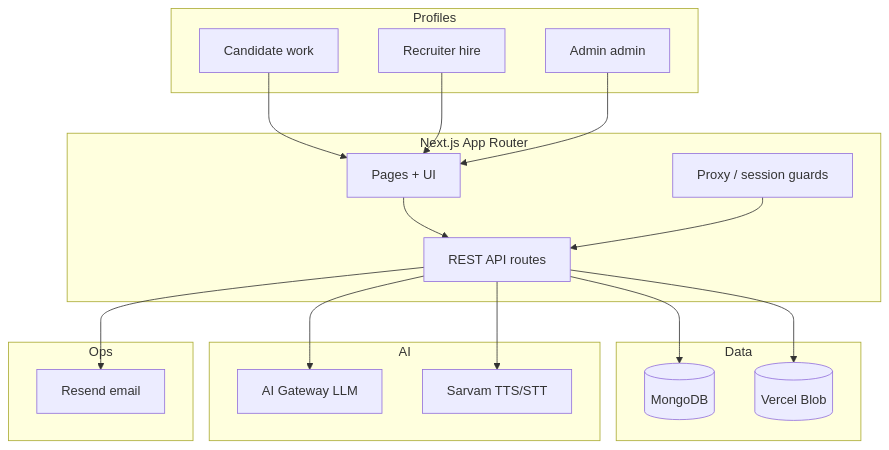
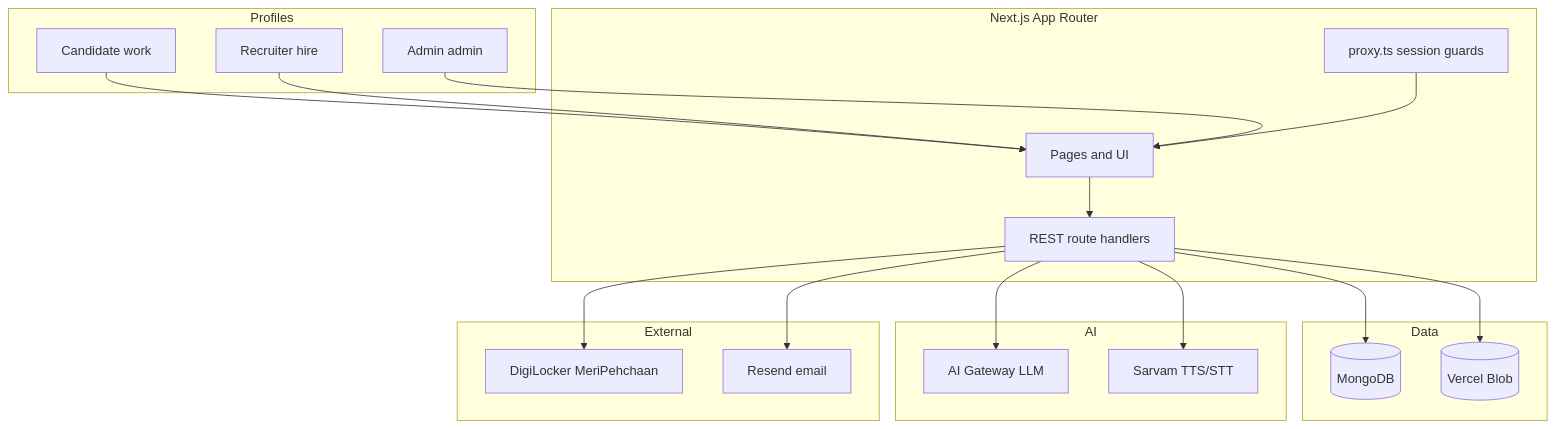
The second of 5 diagrams in README.md (Agentic-Labs-India/Project-Bluecollarz), drawn with Mermaid before and after one commit. The commit also changed other lines of this file and 248 other files, not shown here.

````diff
--- a/README.md
+++ b/README.md
@@ -178,39 +99,41 @@
 ```mermaid
 flowchart TB
   subgraph Profiles
     C[Candidate work]
     H[Recruiter hire]
     A[Admin admin]
   end
 
   subgraph App["Next.js App Router"]
-    Pages[Pages + UI]
-    API[REST API routes]
-    Proxy[Proxy / session guards]
+    Pages[Pages and UI]
+    API[REST route handlers]
+    Proxy[proxy.ts session guards]
   end
 
   subgraph Data
     Mongo[(MongoDB)]
     Blob[(Vercel Blob)]
   end
 
   subgraph AIStack["AI"]
     GW[AI Gateway LLM]
     Sarvam[Sarvam TTS/STT]
   end
 
-  subgraph Ops["Ops"]
+  subgraph External
+    DL[DigiLocker MeriPehchaan]
     Resend[Resend email]
   end
 
   C --> Pages
   H --> Pages
   A --> Pages
+  Proxy --> Pages
   Pages --> API
-  Proxy --> API
   API --> Mongo
   API --> Blob
   API --> GW
   API --> Sarvam
+  API --> DL
   API --> Resend
 ```
````
